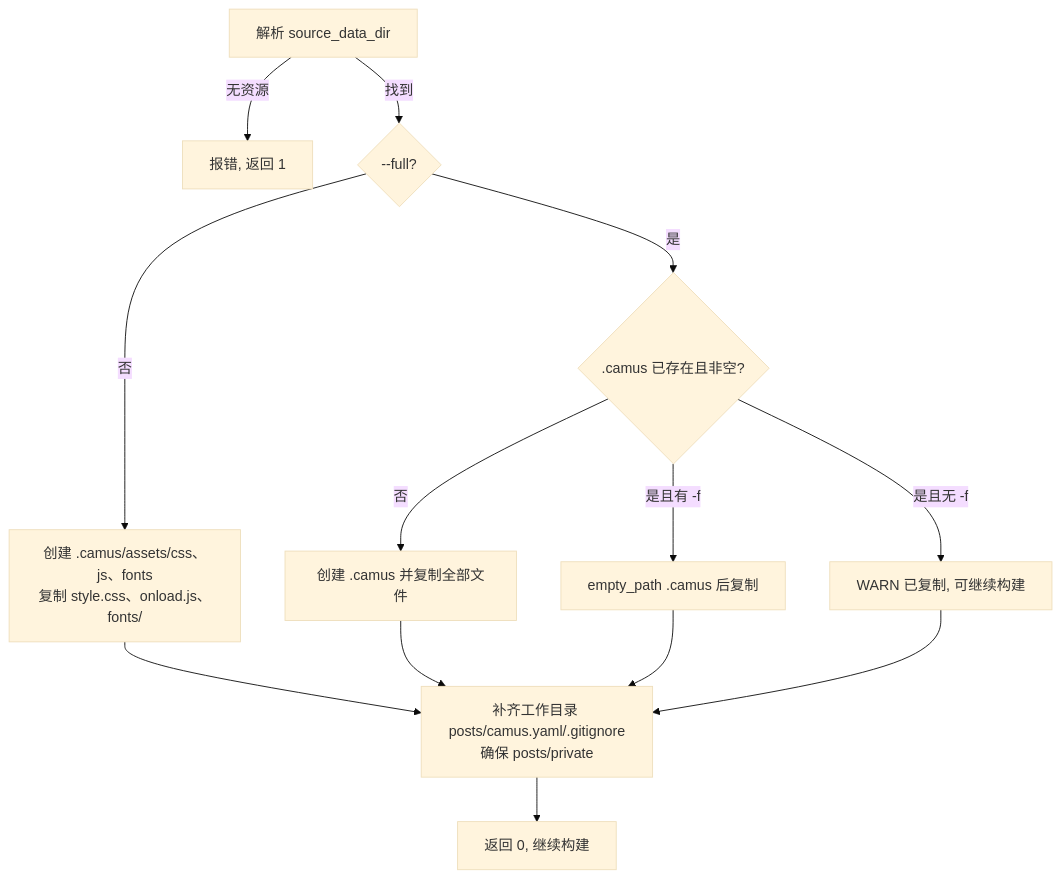
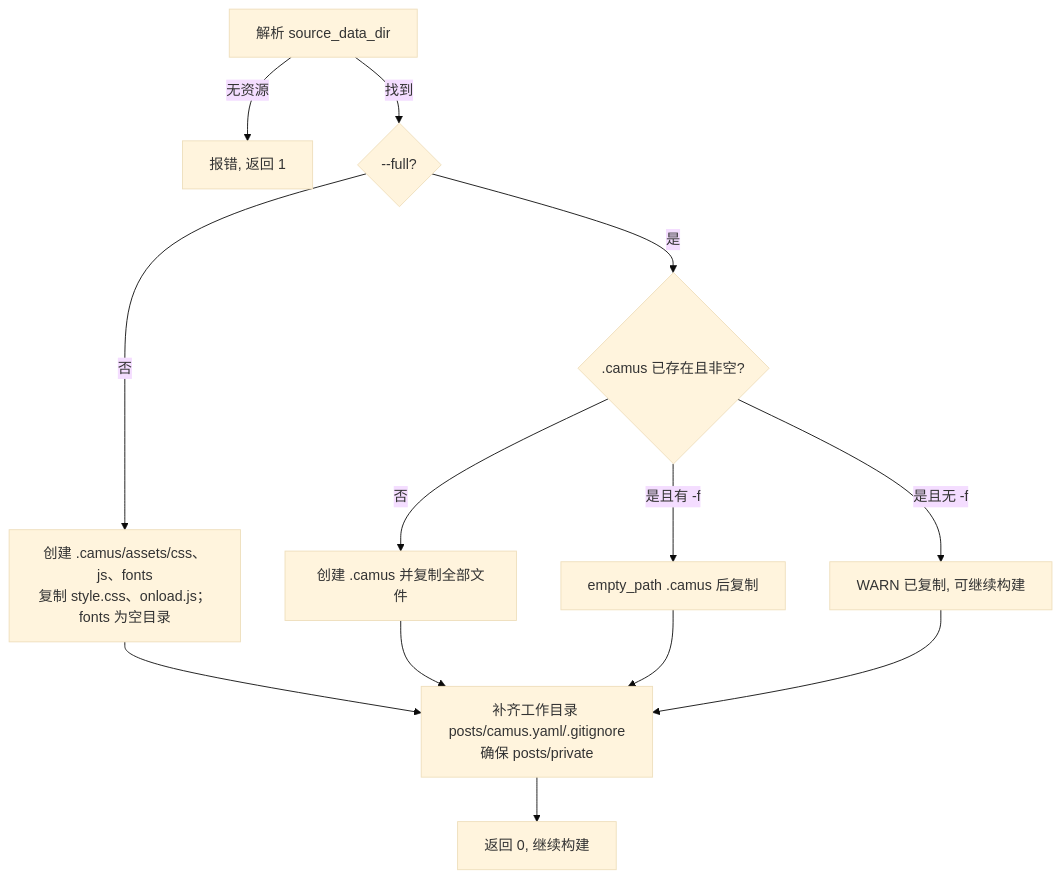
The second of 3 diagrams in docs/prd/08-template-install.md (o8x/camus), drawn with Mermaid (base theme) before and after one commit. The commit also changed other lines of this file and 4 other files, not shown here.

````diff
--- a/docs/prd/08-template-install.md
+++ b/docs/prd/08-template-install.md
@@ -74,15 +74,15 @@
 ```mermaid
 flowchart TD
     A[解析 source_data_dir] -->|无资源| X[报错, 返回 1]
     A -->|找到| F{--full?}
-    F -->|否| M[创建 .camus/assets/css、js、fonts<br/>复制 style.css、onload.js、fonts/]
+    F -->|否| M[创建 .camus/assets/css、js、fonts<br/>复制 style.css、onload.js；fonts 为空目录]
     M --> S[补齐工作目录 posts/camus.yaml/.gitignore<br/>确保 posts/private]
     F -->|是| B{.camus 已存在且非空?}
     B -->|否| D[创建 .camus 并复制全部文件]
     B -->|是且无 -f| W[WARN 已复制, 可继续构建]
     B -->|是且有 -f| C[empty_path .camus 后复制]
     D --> S
     C --> S
     W --> S
     S --> OK[返回 0, 继续构建]
 ```
````
